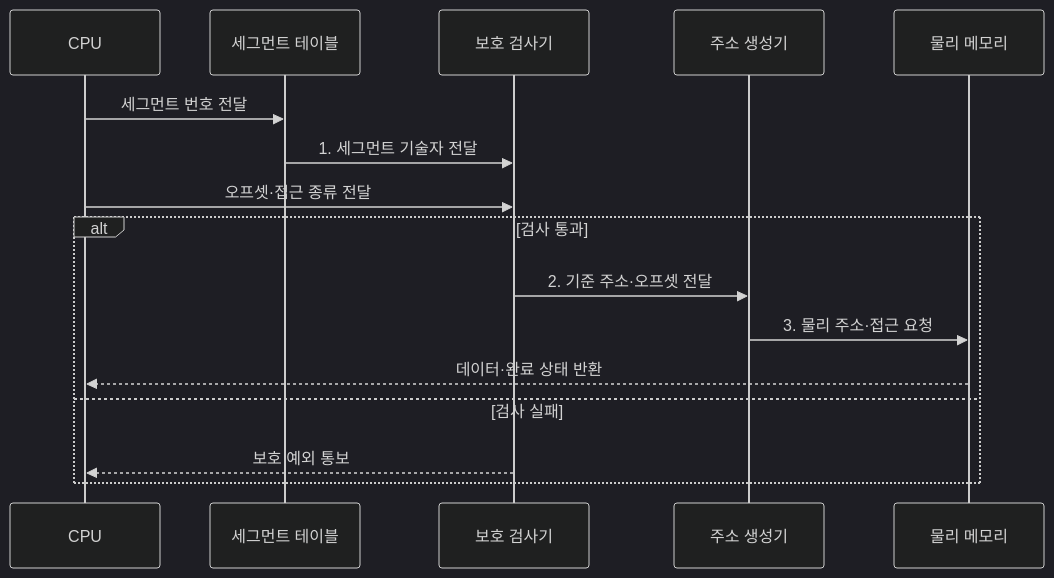
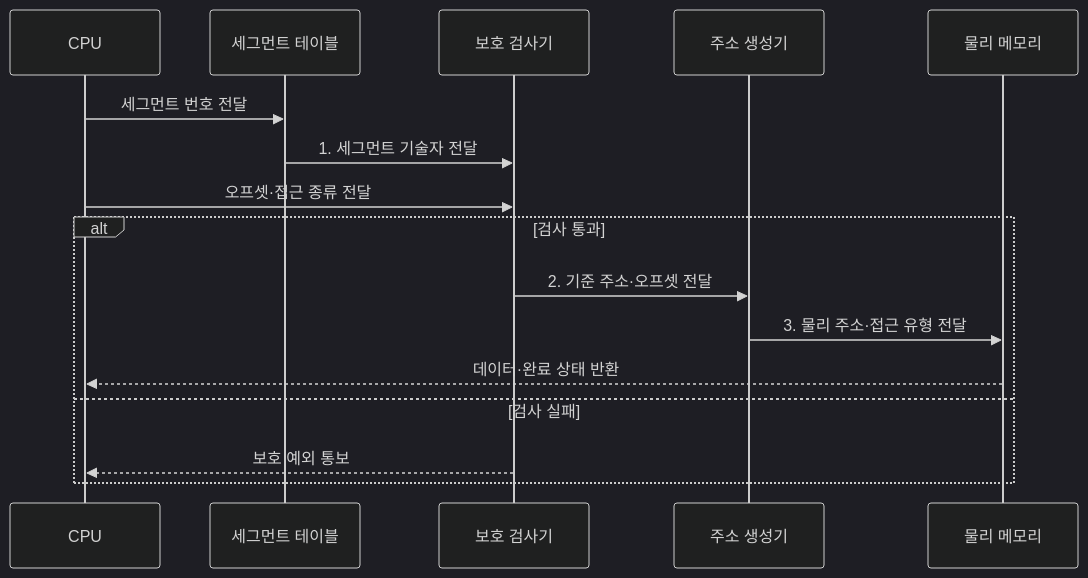
One commit to agnusdei1207/knowledge-base changed the second of 2 diagrams in src/content/docs/notes/02-hardware/019_segmentation.md. Above: the diagram before and after it, drawn with Mermaid (dark theme). The commit also changed other lines of this file and 20 other files, not shown here.

````diff
--- a/src/content/docs/notes/02-hardware/019_segmentation.md
+++ b/src/content/docs/notes/02-hardware/019_segmentation.md
@@ -82,18 +79,18 @@
 ```mermaid
 sequenceDiagram
     participant C as CPU
     participant T as 세그먼트 테이블
     participant P as 보호 검사기
     participant G as 주소 생성기
     participant M as 물리 메모리
     C->>T: 세그먼트 번호 전달
     T->>P: 1. 세그먼트 기술자 전달
     C->>P: 오프셋·접근 종류 전달
     alt 검사 통과
         P->>G: 2. 기준 주소·오프셋 전달
-        G->>M: 3. 물리 주소·접근 요청
+        G->>M: 3. 물리 주소·접근 유형 전달
         M-->>C: 데이터·완료 상태 반환
     else 검사 실패
         P-->>C: 보호 예외 통보
     end
 ```
````
